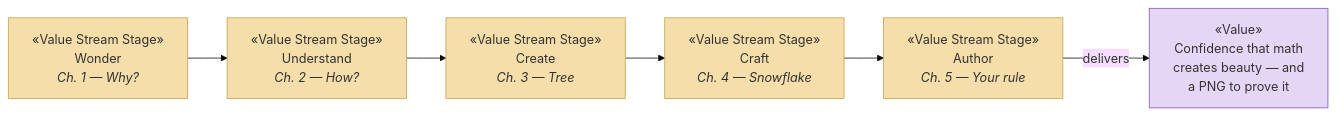
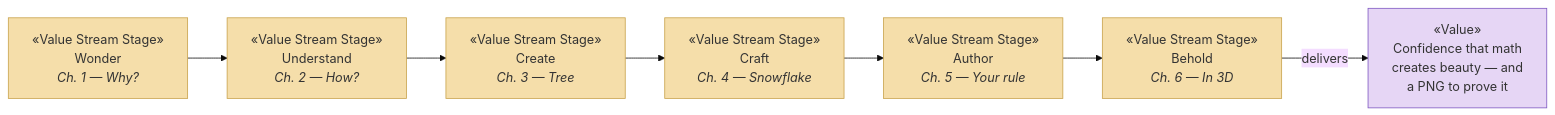
The diagram in docs/ea/1_strategy/3_value-stream.md (roanboc/fractal-tree-generator), drawn with Mermaid (base theme) before and after one commit. The commit also changed other lines of this file and 42 other files, not shown here.

````diff
--- a/docs/ea/1_strategy/3_value-stream.md
+++ b/docs/ea/1_strategy/3_value-stream.md
@@ -12,15 +12,16 @@
 ```mermaid
 flowchart LR
   s1["«Value Stream Stage»<br>Wonder<br><i>Ch. 1 — Why?</i>"]:::strategy
   s2["«Value Stream Stage»<br>Understand<br><i>Ch. 2 — How?</i>"]:::strategy
   s3["«Value Stream Stage»<br>Create<br><i>Ch. 3 — Tree</i>"]:::strategy
   s4["«Value Stream Stage»<br>Craft<br><i>Ch. 4 — Snowflake</i>"]:::strategy
   s5["«Value Stream Stage»<br>Author<br><i>Ch. 5 — Your rule</i>"]:::strategy
+  s6["«Value Stream Stage»<br>Behold<br><i>Ch. 6 — In 3D</i>"]:::strategy
   v["«Value»<br>Confidence that math<br>creates beauty — and<br>a PNG to prove it"]:::motivation
 
-  s1 --> s2 --> s3 --> s4 --> s5
-  s5 -->|delivers| v
+  s1 --> s2 --> s3 --> s4 --> s5 --> s6
+  s6 -->|delivers| v
 
   classDef strategy fill:#f5deaa,stroke:#c8a24a,color:#333
   classDef motivation fill:#e6d6f5,stroke:#7e57c2,color:#333
 ```
````
